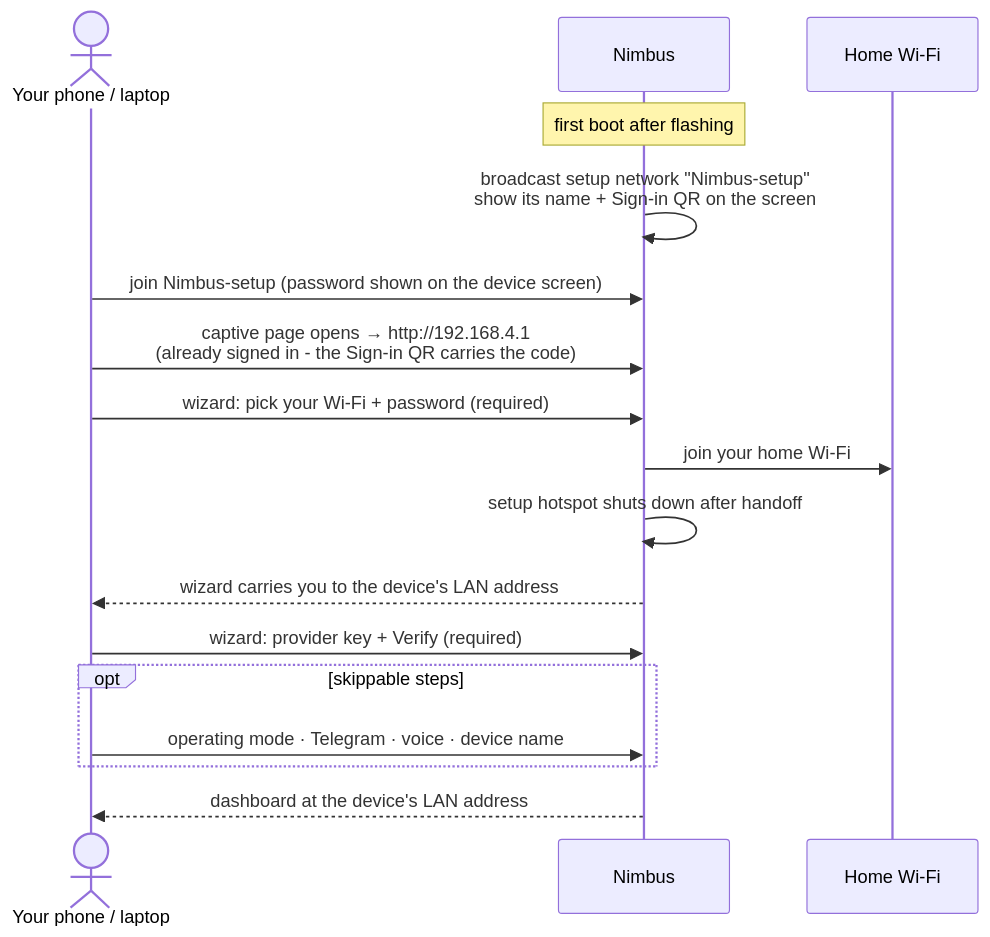
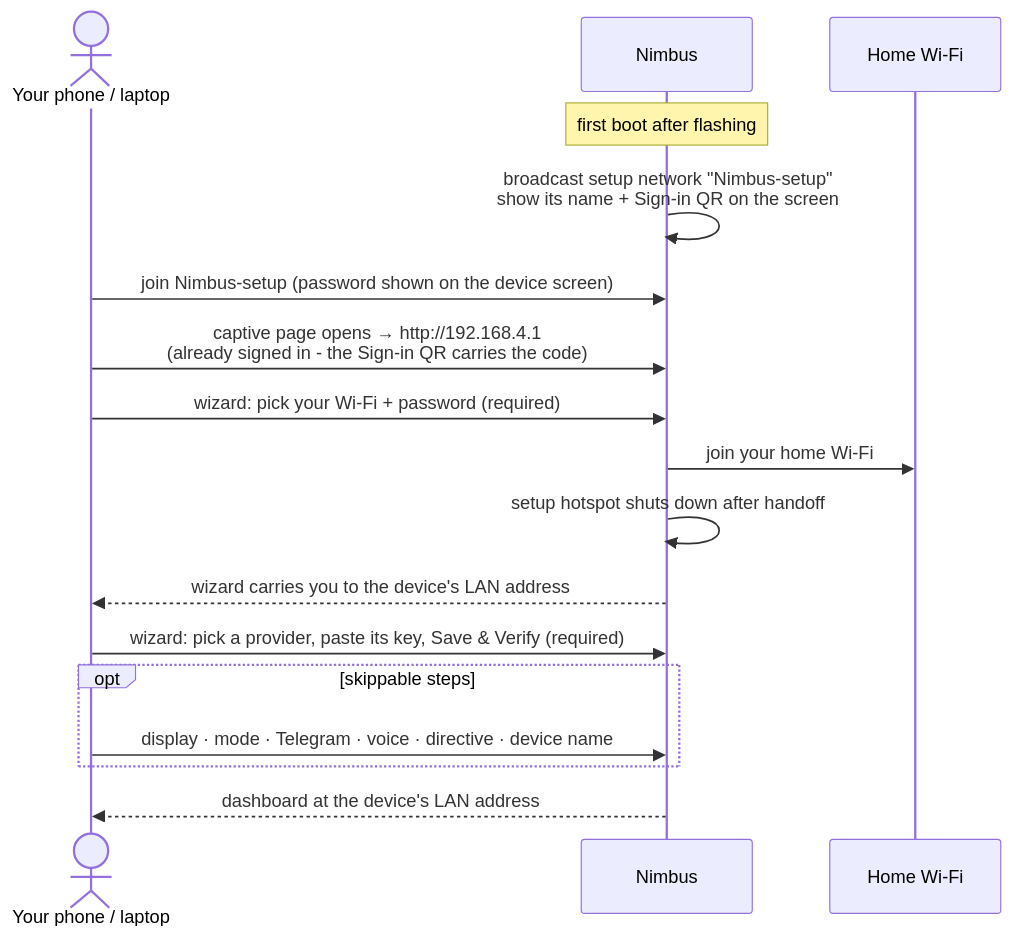
The diagram in docs/quick-start/setup-wizard.md (ristllin/Nimbus), drawn with Mermaid before and after one commit. The commit also changed other lines of this file and 6 other files, not shown here.

Commit message:
docs: quick-start - tighten what you need, computer setup, flash, provider keys, setup wizard, first conversation and Notifier quick start to the v4.5.9 flow

````diff
--- a/docs/quick-start/setup-wizard.md
+++ b/docs/quick-start/setup-wizard.md
@@ -10,20 +10,20 @@
 ```mermaid
 sequenceDiagram
   actor You as Your phone / laptop
   participant Dev as Nimbus
   participant LAN as Home Wi-Fi
 
   Note over Dev: first boot after flashing
   Dev->>Dev: broadcast setup network "Nimbus-setup"<br/>show its name + Sign-in QR on the screen
   You->>Dev: join Nimbus-setup (password shown on the device screen)
   You->>Dev: captive page opens → http://192.168.4.1<br/>(already signed in - the Sign-in QR carries the code)
   You->>Dev: wizard: pick your Wi-Fi + password (required)
   Dev->>LAN: join your home Wi-Fi
   Dev->>Dev: setup hotspot shuts down after handoff
   Dev-->>You: wizard carries you to the device's LAN address
-  You->>Dev: wizard: provider key + Verify (required)
+  You->>Dev: wizard: pick a provider, paste its key, Save & Verify (required)
   opt skippable steps
-    You->>Dev: operating mode · Telegram · voice · device name
+    You->>Dev: display · mode · Telegram · voice · directive · device name
   end
   Dev-->>You: dashboard at the device's LAN address
 ```
````
